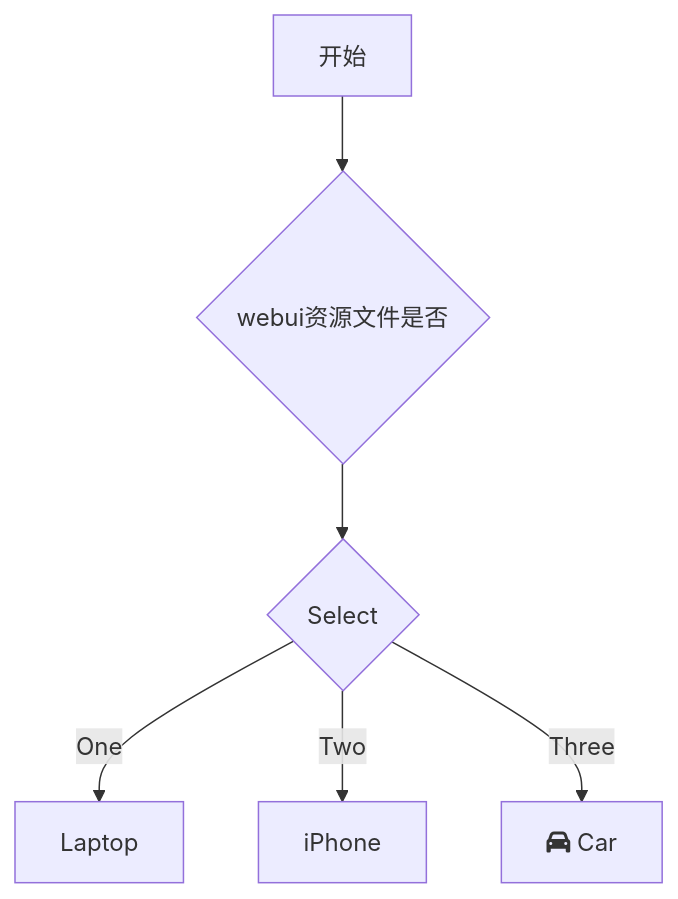
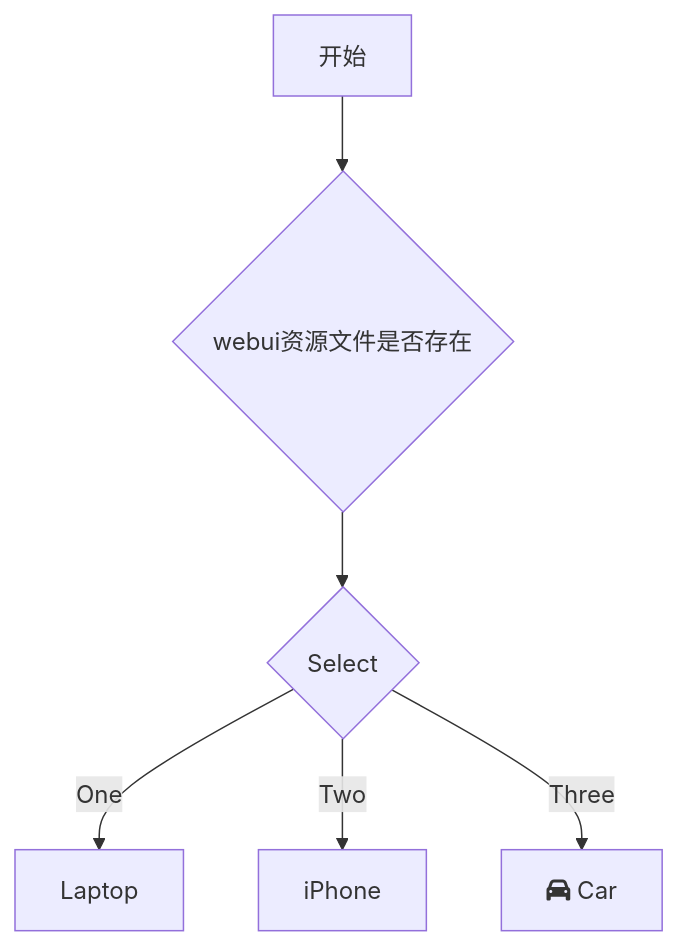
Before and after one commit to HaleyCoder/iodraw-files: the diagram in all/未命名.md, drawn with Mermaid.

Commit message:
2024-08-29 14:34:38 update

````diff
--- a/all/未命名.md
+++ b/all/未命名.md
@@ -1,9 +1,9 @@
 ```mermaid
 graph TD
-    A[开始] --> B{webui资源文件是否}
-    B --> C{Select}
+    A[开始] --> B{webui资源文件是否存在}
+    B -->| | C{Select}
     C -->|One| D[Laptop]
     C -->|Two| E[iPhone]
     C -->|Three| F[fa:fa-car Car]
   
 ```
````
